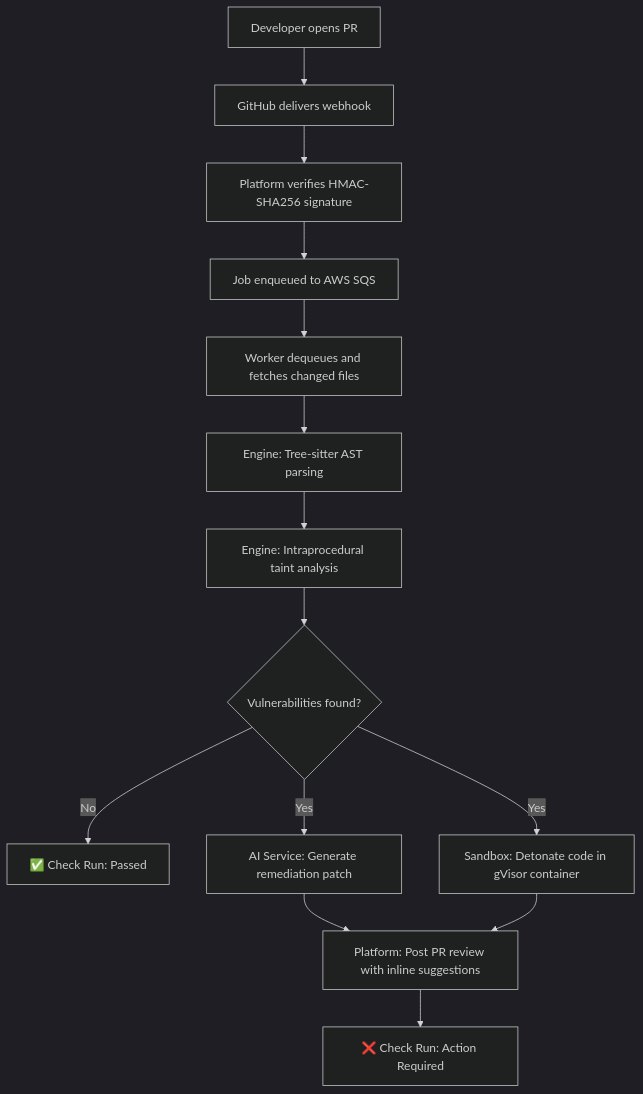
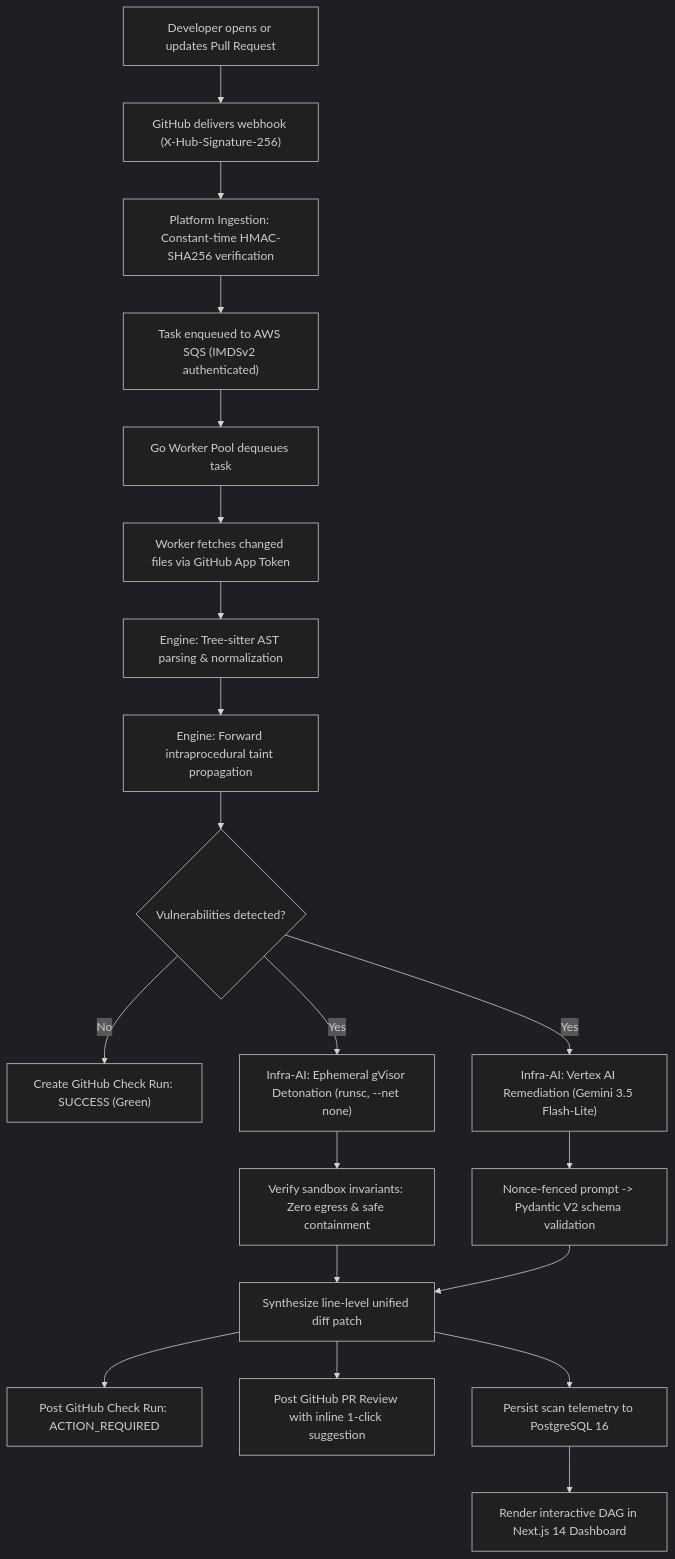
One commit to kleeeoss/project-lucid changed the diagram in README.md. Above: the diagram before and after it, drawn with Mermaid (dark theme). The commit also changed other lines of this file and 108 other files, not shown here.

Commit message:
feat: complete Phase 5 engine benchmarks, infra-ai security hardening, impeccable UI, and on-demand repo scanner

````diff
--- a/README.md
+++ b/README.md
@@ -65,18 +121,25 @@
 ```mermaid
 flowchart TD
-    A["Developer opens PR"] --> B["GitHub delivers webhook"]
-    B --> C["Platform verifies HMAC-SHA256 signature"]
-    C --> D["Job enqueued to AWS SQS"]
-    D --> E["Worker dequeues and fetches changed files"]
-    E --> F["Engine: Tree-sitter AST parsing"]
-    F --> G["Engine: Intraprocedural taint analysis"]
-    G --> H{"Vulnerabilities found?"}
+    A["Developer opens or updates Pull Request"] --> B["GitHub delivers webhook (X-Hub-Signature-256)"]
+    B --> C["Platform Ingestion: Constant-time HMAC-SHA256 verification"]
+    C --> D["Task enqueued to AWS SQS (IMDSv2 authenticated)"]
+    D --> E["Go Worker Pool dequeues task"]
+    E --> F["Worker fetches changed files via GitHub App Token"]
+    F --> G["Engine: Tree-sitter AST parsing & normalization"]
+    G --> H["Engine: Forward intraprocedural taint propagation"]
+    H --> I{"Vulnerabilities detected?"}
 
-    H -- "No" --> I["✅ Check Run: Passed"]
-    H -- "Yes" --> J["AI Service: Generate remediation patch"]
-    H -- "Yes" --> K["Sandbox: Detonate code in gVisor container"]
+    I -- "No" --> J["Create GitHub Check Run: SUCCESS (Green)"]
+    I -- "Yes" --> K["Infra-AI: Ephemeral gVisor Detonation (runsc, --net none)"]
+    I -- "Yes" --> L["Infra-AI: Vertex AI Remediation (Gemini 3.5 Flash-Lite)"]
 
-    J --> L["Platform: Post PR review with inline suggestions"]
-    K --> L
-    L --> M["❌ Check Run: Action Required"]
+    K --> M["Verify sandbox invariants: Zero egress & safe containment"]
+    L --> N["Nonce-fenced prompt -> Pydantic V2 schema validation"]
+    M --> O["Synthesize line-level unified diff patch"]
+    N --> O
+
+    O --> P["Post GitHub Check Run: ACTION_REQUIRED"]
+    O --> Q["Post GitHub PR Review with inline 1-click suggestion"]
+    O --> R["Persist scan telemetry to PostgreSQL 16"]
+    R --> S["Render interactive DAG in Next.js 14 Dashboard"]
 ```
````
